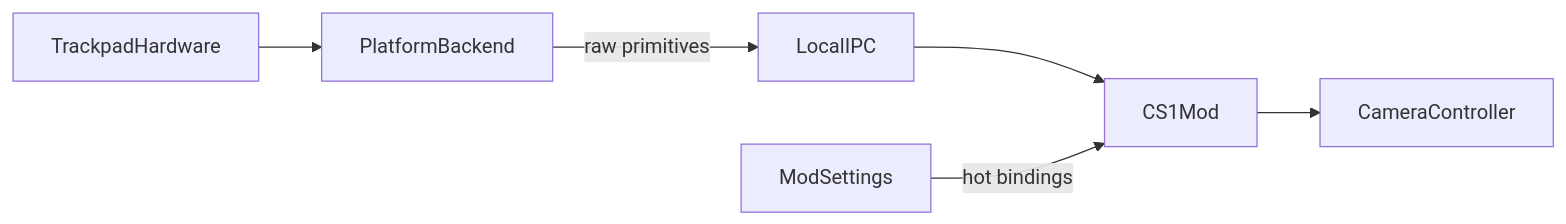
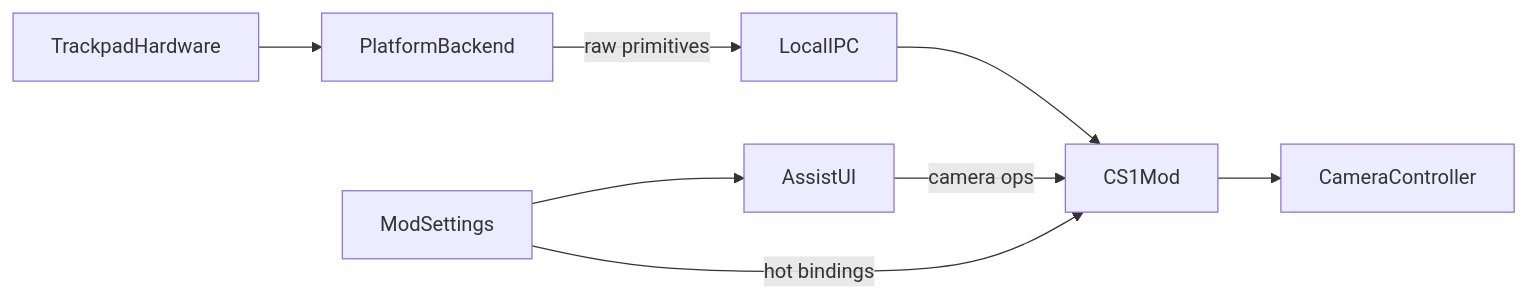
Before and after one commit to betsalel-williamson/CSL-TrackpadCameraControl: the diagram in docs/features/system-architecture.md, drawn with Mermaid. The commit also changed other lines of this file and 13 other files, not shown here.

First line of the commit message:
docs: add Assist UI camera chrome design and guides

````diff
--- a/docs/features/system-architecture.md
+++ b/docs/features/system-architecture.md
@@ -9,15 +9,18 @@
 ```mermaid
 flowchart LR
   trackpad[TrackpadHardware]
   backend[PlatformBackend]
   ipc[LocalIPC]
+  assist[AssistUI]
   mod[CS1Mod]
   settings[ModSettings]
   cam[CameraController]
 
   trackpad --> backend
   backend -->|"raw primitives"| ipc
   ipc --> mod
+  assist -->|"camera ops"| mod
   settings -->|"hot bindings"| mod
+  settings --> assist
   mod --> cam
 ```
````
